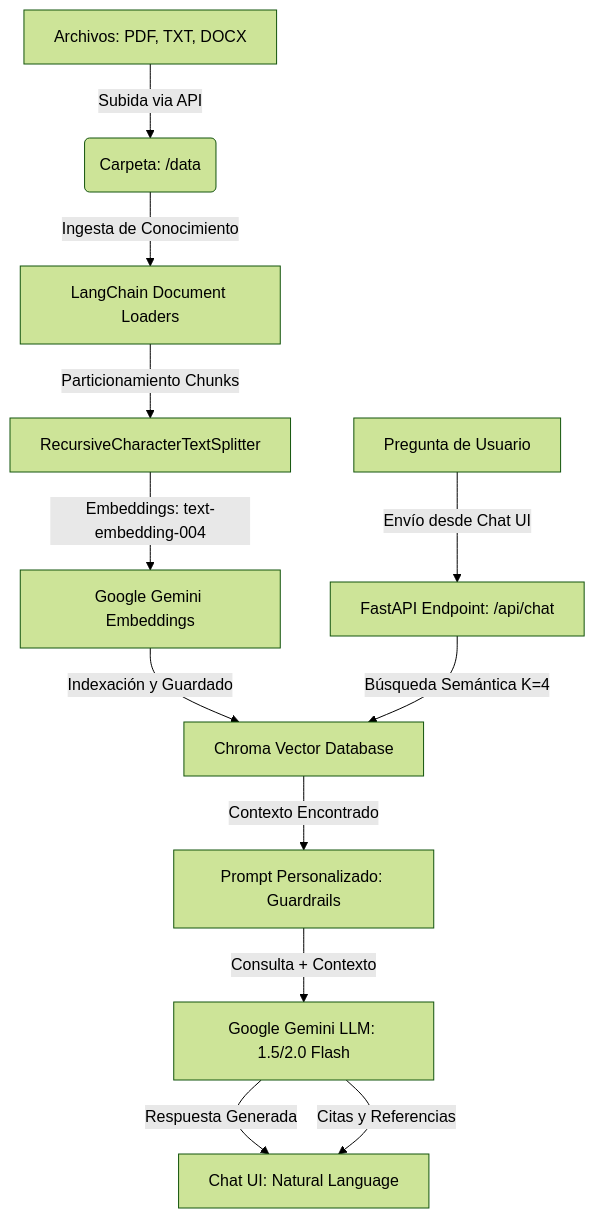
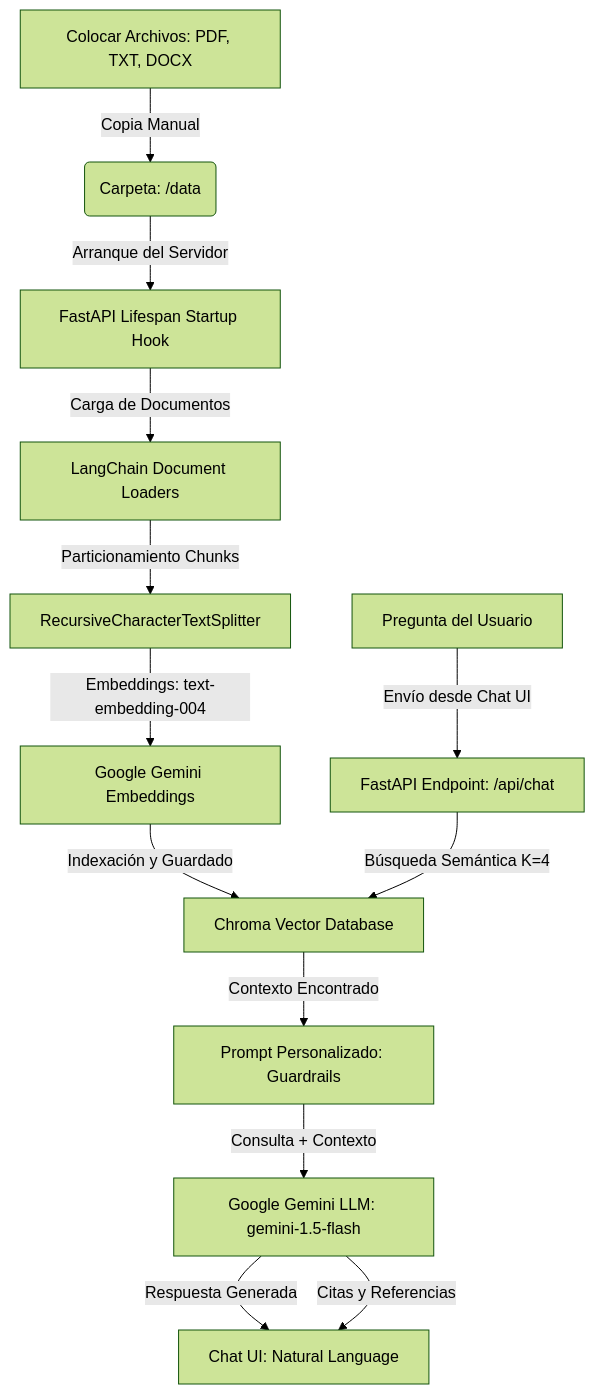
Before and after one commit to educhile1/Challenge_alluraOracle_IA: the diagram in README.md, drawn with Mermaid (forest theme). The commit also changed other lines of this file, not shown here.

````diff
--- a/README.md
+++ b/README.md
@@ -11,15 +13,16 @@
 ```mermaid
 graph TD
-    A[Archivos: PDF, TXT, DOCX] -->|Subida via API| B(Carpeta: /data)
-    B -->|Ingesta de Conocimiento| C[LangChain Document Loaders]
-    C -->|Particionamiento Chunks| D[RecursiveCharacterTextSplitter]
-    D -->|Embeddings: text-embedding-004| E[Google Gemini Embeddings]
-    E -->|Indexación y Guardado| F[Chroma Vector Database]
+    A[Colocar Archivos: PDF, TXT, DOCX] -->|Copia Manual| B(Carpeta: /data)
+    B -->|Arranque del Servidor| C[FastAPI Lifespan Startup Hook]
+    C -->|Carga de Documentos| D[LangChain Document Loaders]
+    D -->|Particionamiento Chunks| E[RecursiveCharacterTextSplitter]
+    E -->|Embeddings: text-embedding-004| F[Google Gemini Embeddings]
+    F -->|Indexación y Guardado| G[Chroma Vector Database]
     
-    G[Pregunta de Usuario] -->|Envío desde Chat UI| H[FastAPI Endpoint: /api/chat]
-    H -->|Búsqueda Semántica K=4| F
-    F -->|Contexto Encontrado| I[Prompt Personalizado: Guardrails]
-    I -->|Consulta + Contexto| J[Google Gemini LLM: 1.5/2.0 Flash]
-    J -->|Respuesta Generada| K[Chat UI: Natural Language]
-    J -->|Citas y Referencias| K
+    H[Pregunta del Usuario] -->|Envío desde Chat UI| I[FastAPI Endpoint: /api/chat]
+    I -->|Búsqueda Semántica K=4| G
+    G -->|Contexto Encontrado| J[Prompt Personalizado: Guardrails]
+    J -->|Consulta + Contexto| K[Google Gemini LLM: gemini-1.5-flash]
+    K -->|Respuesta Generada| L[Chat UI: Natural Language]
+    K -->|Citas y Referencias| L
 ```
````
